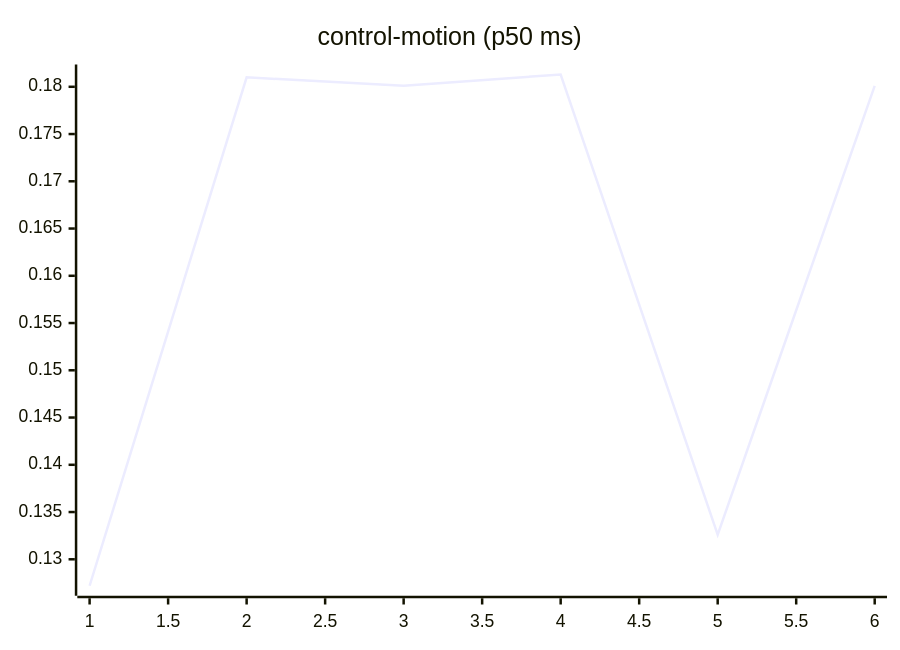
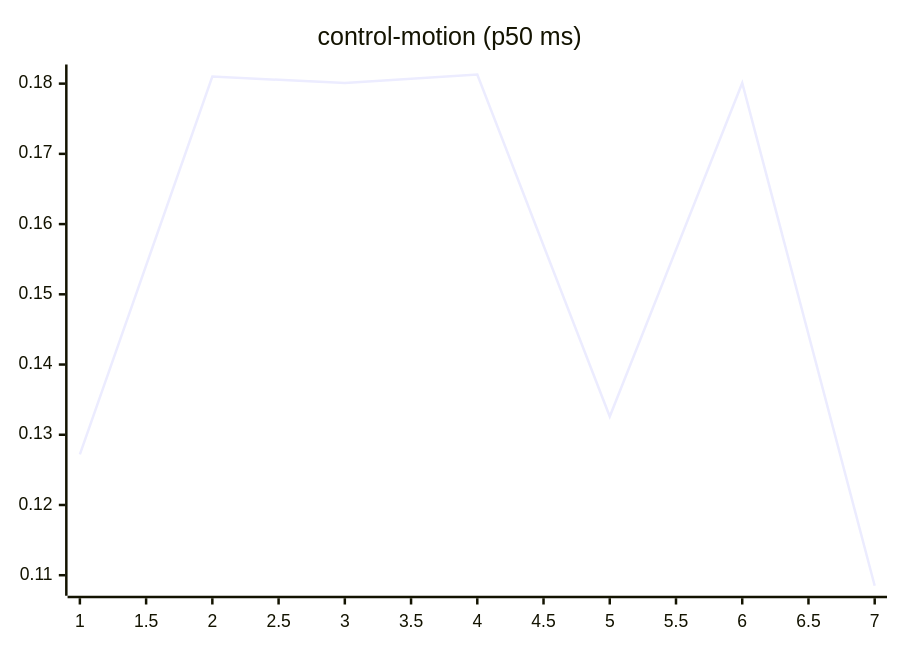
One commit to josha/Facet changed the seventh of 27 diagrams in README.md. Above: the diagram before and after it, drawn with Mermaid. The commit also changed other lines of this file and 2 other files, not shown here.

````diff
--- a/README.md
+++ b/README.md
@@ -105,6 +105,6 @@
 ```mermaid
 xychart-beta
     title "control-motion (p50 ms)"
-    x-axis 1 --> 6
-    line [0.1272, 0.1810, 0.1801, 0.1813, 0.1326, 0.1801]
+    x-axis 1 --> 7
+    line [0.1272, 0.1810, 0.1801, 0.1813, 0.1326, 0.1801, 0.1085]
 ```
````
